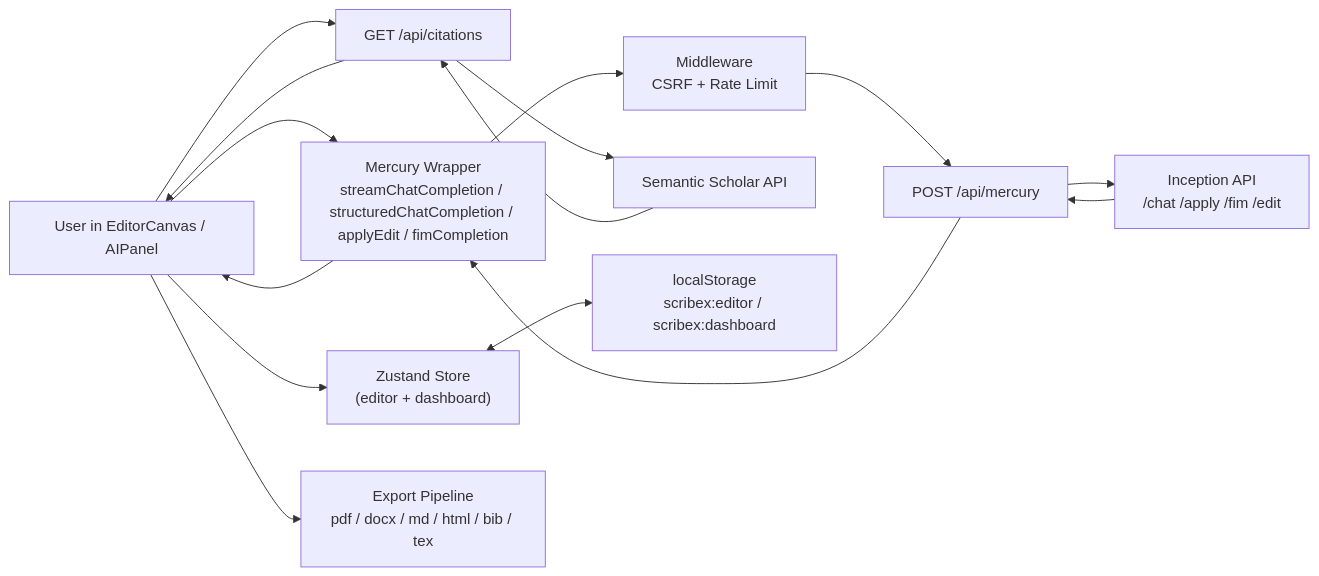
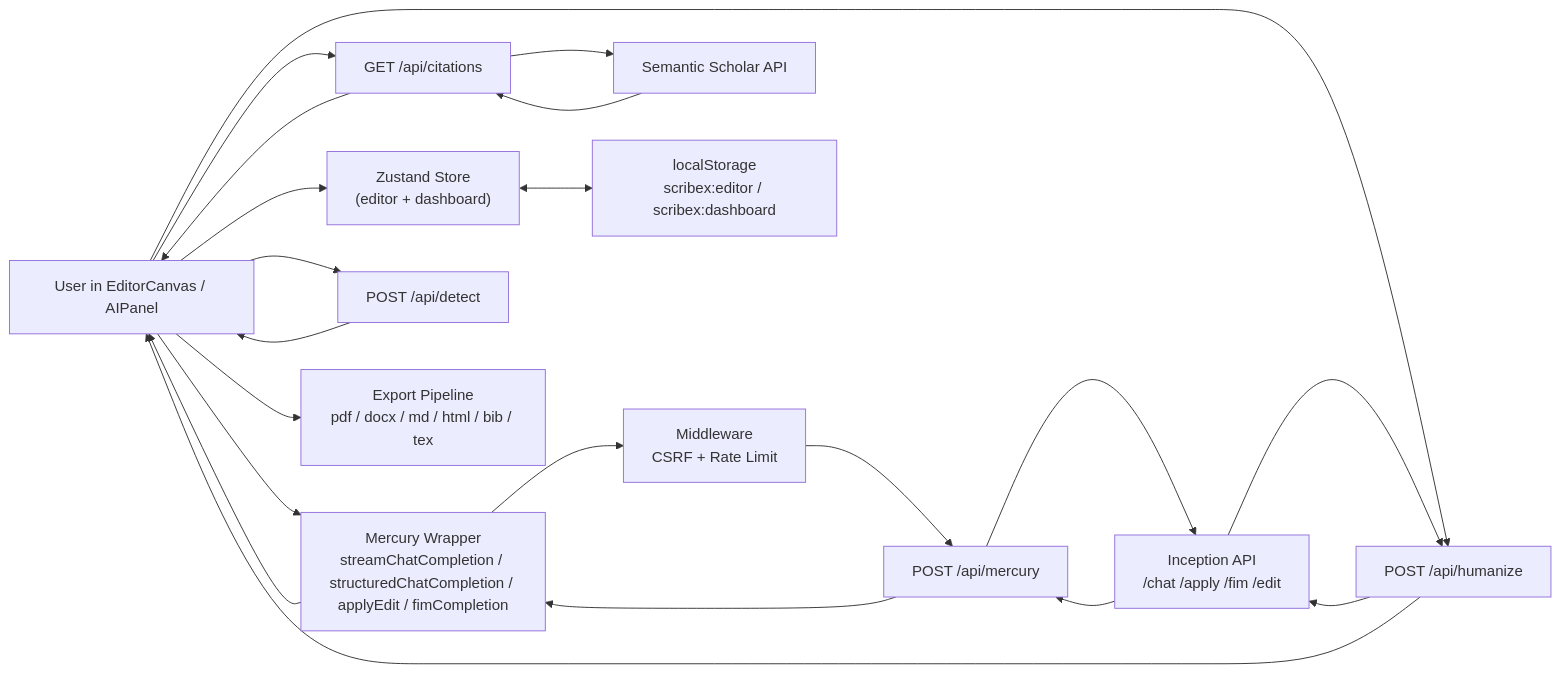
One commit to omerakben/ScribeX changed the diagram in docs/architecture.md. Above: the diagram before and after it, drawn with Mermaid. The commit also changed other lines of this file and 3 other files, not shown here.

````diff
--- a/docs/architecture.md
+++ b/docs/architecture.md
@@ -21,20 +26,28 @@
 ```mermaid
 flowchart LR
   U["User in EditorCanvas / AIPanel"] --> S["Zustand Store\n(editor + dashboard)"]
   U --> W["Mercury Wrapper\nstreamChatCompletion / structuredChatCompletion / applyEdit / fimCompletion"]
   W --> MW["Middleware\nCSRF + Rate Limit"]
   MW --> M["POST /api/mercury"]
   M --> I["Inception API\n/chat /apply /fim /edit"]
   I --> M
   M --> W
   W --> U
 
   U --> C["GET /api/citations"]
   C --> SS["Semantic Scholar API"]
   SS --> C
   C --> U
 
+  U --> H["POST /api/humanize"]
+  H --> I
+  I --> H
+  H --> U
+
+  U --> D["POST /api/detect"]
+  D --> U
+
   S <--> L["localStorage\nscribex:editor / scribex:dashboard"]
 
   U --> E["Export Pipeline\npdf / docx / md / html / bib / tex"]
 ```
````
